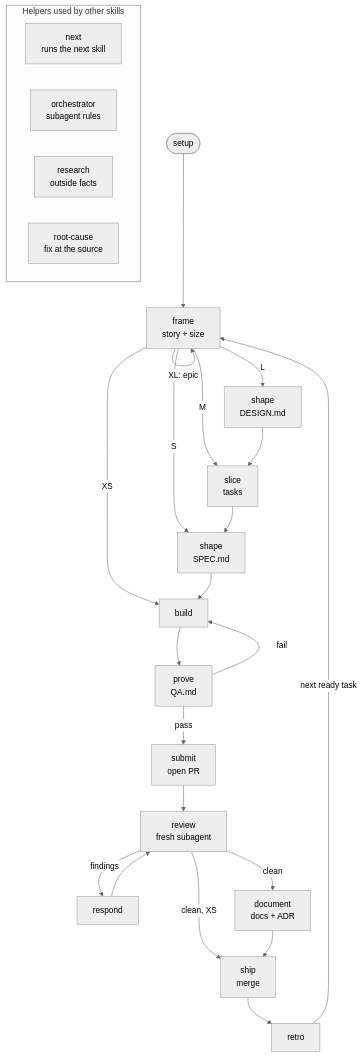
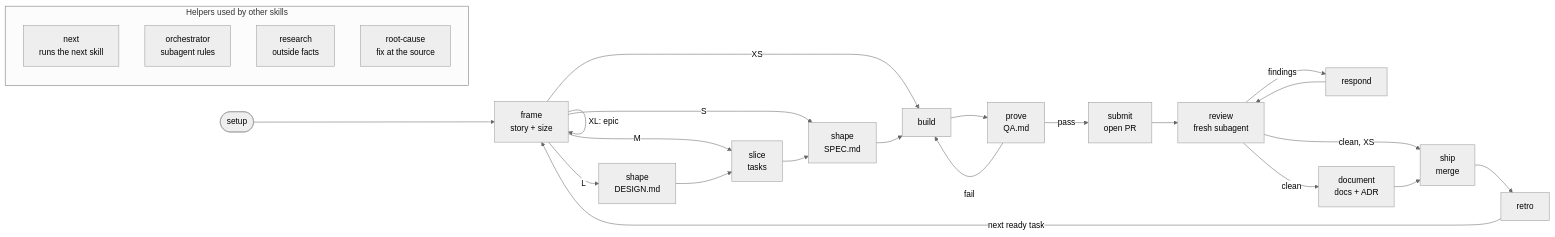
One commit to cultoftheai/skills changed the diagram in README.md. Above: the diagram before and after it, drawn with Mermaid (neutral theme).

Commit message:
Draw the skill order diagram left to right

````diff
--- a/README.md
+++ b/README.md
@@ -43,33 +43,33 @@
 ```mermaid
-flowchart TD
+flowchart LR
     setup([setup]) --> frame[frame<br/>story + size]
 
     frame -->|XS| build
     frame -->|S| shape
     frame -->|M| slice
     frame -->|L| shapeL[shape<br/>DESIGN.md]
     frame -->|XL: epic| frame
 
     shapeL --> slice
     slice[slice<br/>tasks] --> shape[shape<br/>SPEC.md]
     shape --> build[build]
 
     build --> prove[prove<br/>QA.md]
     prove -->|fail| build
     prove -->|pass| submit[submit<br/>open PR]
     submit --> review[review<br/>fresh subagent]
     review -->|findings| respond[respond]
     respond --> review
     review -->|clean, XS| ship
     review -->|clean| document[document<br/>docs + ADR]
     document --> ship[ship<br/>merge]
     ship --> retro[retro]
     retro -->|next ready task| frame
 
     subgraph helpers [Helpers used by other skills]
         next[next<br/>runs the next skill]
         orchestrator[orchestrator<br/>subagent rules]
         research[research<br/>outside facts]
         rootcause[root-cause<br/>fix at the source]
     end
 ```
````
